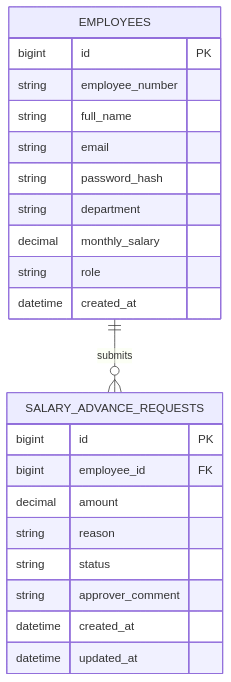
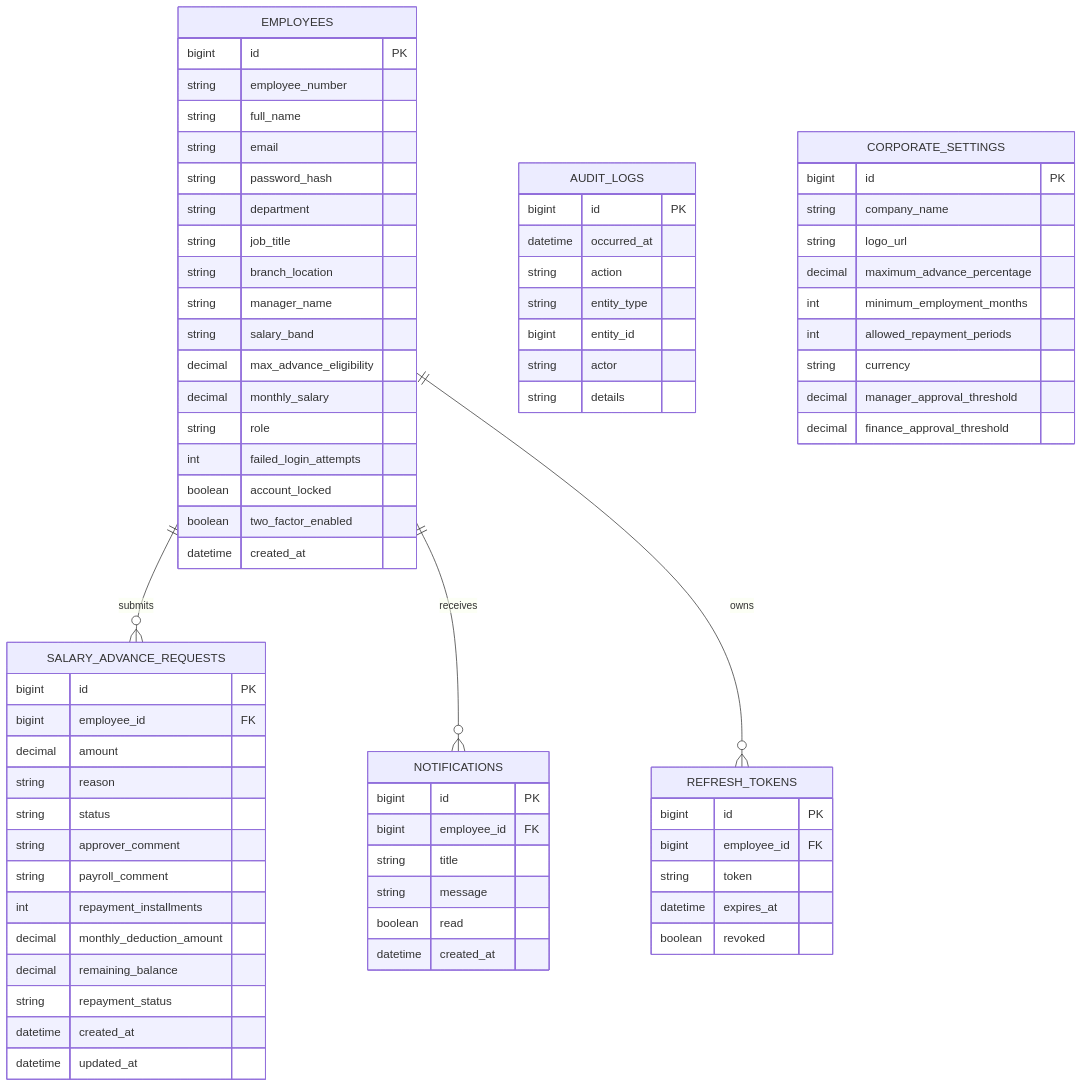
The fifth of 5 diagrams in docs/Design_Diagrams.md (blackFLINT/ESS-SalaryAdvance), drawn with Mermaid before and after one commit. The commit also changed other lines of this file and 84 other files, not shown here.

````diff
--- a/docs/Design_Diagrams.md
+++ b/docs/Design_Diagrams.md
@@ -75,27 +122,81 @@
 ```mermaid
 erDiagram
   EMPLOYEES ||--o{ SALARY_ADVANCE_REQUESTS : submits
+  EMPLOYEES ||--o{ NOTIFICATIONS : receives
+  EMPLOYEES ||--o{ REFRESH_TOKENS : owns
 
   EMPLOYEES {
     bigint id PK
     string employee_number
     string full_name
     string email
     string password_hash
     string department
+    string job_title
+    string branch_location
+    string manager_name
+    string salary_band
+    decimal max_advance_eligibility
     decimal monthly_salary
     string role
+    int failed_login_attempts
+    boolean account_locked
+    boolean two_factor_enabled
     datetime created_at
   }
 
   SALARY_ADVANCE_REQUESTS {
     bigint id PK
     bigint employee_id FK
     decimal amount
     string reason
     string status
     string approver_comment
+    string payroll_comment
+    int repayment_installments
+    decimal monthly_deduction_amount
+    decimal remaining_balance
+    string repayment_status
     datetime created_at
     datetime updated_at
   }
+
+  NOTIFICATIONS {
+    bigint id PK
+    bigint employee_id FK
+    string title
+    string message
+    boolean read
+    datetime created_at
+  }
+
+  AUDIT_LOGS {
+    bigint id PK
+    datetime occurred_at
+    string action
+    string entity_type
+    bigint entity_id
+    string actor
+    string details
+  }
+
+  CORPORATE_SETTINGS {
+    bigint id PK
+    string company_name
+    string logo_url
+    decimal maximum_advance_percentage
+    int minimum_employment_months
+    int allowed_repayment_periods
+    string currency
+    decimal manager_approval_threshold
+    decimal finance_approval_threshold
+  }
+
+  REFRESH_TOKENS {
+    bigint id PK
+    bigint employee_id FK
+    string token
+    datetime expires_at
+    boolean revoked
+  }
 ```
````
